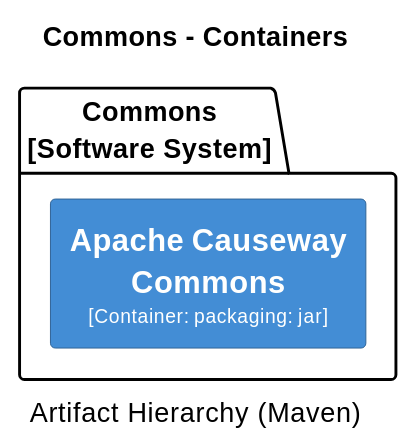
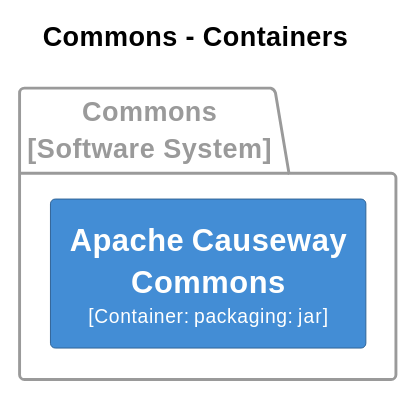
The sixth of 31 diagrams in core/adoc/modules/_overview/pages/about.adoc (apache/causeway), drawn with PlantUML before and after one commit. The commit also changed other lines of this file and 7 other files, not shown here.

```diff
--- a/core/adoc/modules/_overview/pages/about.adoc
+++ b/core/adoc/modules/_overview/pages/about.adoc
@@ -1011,25 +1290,33 @@
 [plantuml,Commons,svg]
 ----
-@startuml(id=Commons)
+@startuml
+set separator none
 title Commons - Containers
-caption Artifact Hierarchy (Maven)
+
+left to right direction
 
 skinparam {
   shadowing false
   arrowFontSize 10
   defaultTextAlignment center
   wrapWidth 200
   maxMessageSize 100
 }
+
 hide stereotype
-left to right direction
-skinparam rectangle<<2>> {
+
+skinparam rectangle<<Commons.ApacheCausewayCommons>> {
   BackgroundColor #438dd5
   FontColor #fffffe
   BorderColor #2e6295
 }
-package "Commons\n[Software System]" {
-  rectangle "==Apache Causeway Commons\n<size:10>[Container: packaging: jar]</size>" <<2>> as 2
+
+package "Commons\n[Software System]" <<Commons>> {
+  skinparam PackageBorderColor<<Commons>> #9a9a9a
+  skinparam PackageFontColor<<Commons>> #9a9a9a
+
+  rectangle "==Apache Causeway Commons\n<size:10>[Container: packaging: jar]</size>" <<Commons.ApacheCausewayCommons>> as Commons.ApacheCausewayCommons
 }
+
 @enduml
 ----
```
